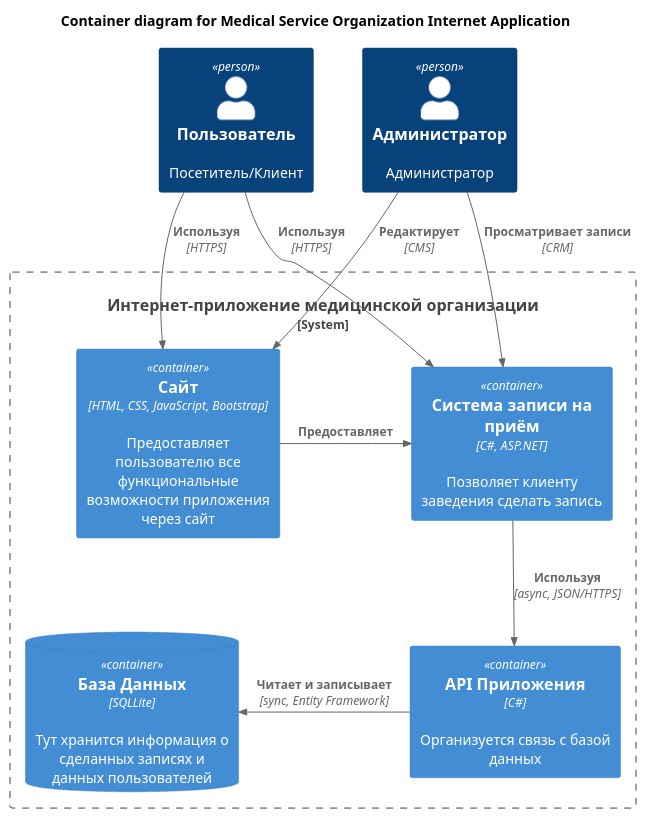
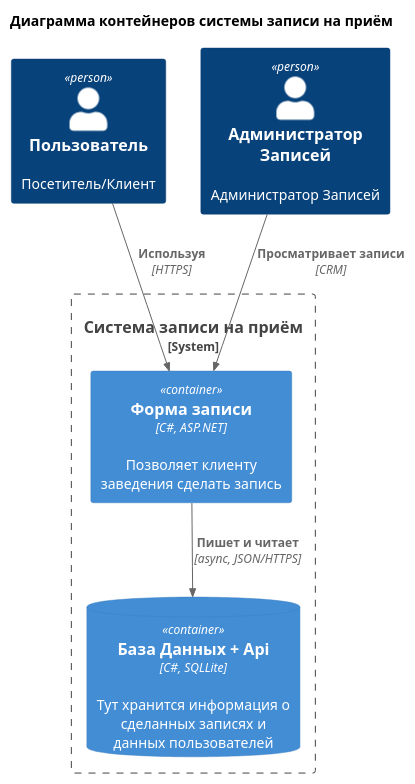
The diagram in docs/UML/ContainerDiagram.puml (Vovkarik/CardioDom), drawn with PlantUML before and after one commit. The commit also changed 6 other files, not shown here.

```diff
--- a/docs/UML/ContainerDiagram.puml
+++ b/docs/UML/ContainerDiagram.puml
@@ -1,27 +1,20 @@
 @startuml
 !includeurl https://raw.githubusercontent.com/RicardoNiepel/C4-PlantUML/master/C4_Container.puml
 ' uncomment the following line and comment the first to use locally
 ' !include C4_Container.puml
 
-title Container diagram for Medical Service Organization Internet Application
+title Диаграмма контейнеров системы записи на приём
 
 Person(customer, Пользователь, "Посетитель/Клиент")
-Person(admin, Администратор, "Администратор")
+Person(appointment_admin, Администратор Записей, "Администратор Записей")
 
-System_Boundary(c1, "Интернет-приложение медицинской организации") {
-    Container(appointment_sys, "Система записи на приём", "C#, ASP.NET", "Позволяет клиенту заведения сделать запись")
-    Container(site, "Сайт", "HTML, CSS, JavaScript, Bootstrap", "Предоставляет пользователю все функциональные возможности приложения через сайт")
-    ContainerDb(database, "База Данных", "SQLLite", "Тут хранится информация о сделанных записях и данных пользователей")
-    Container(backend_api, "API Приложения", "C#", "Организуется связь с базой данных")
+System_Boundary(c1, "Система записи на приём") {
+    Container(appointment_sys, "Форма записи", "C#, ASP.NET", "Позволяет клиенту заведения сделать запись")
+    ContainerDb(database, "База Данных + Api", "C#, SQLLite", "Тут хранится информация о сделанных записях и данных пользователей")
 }
 
 Rel(customer, appointment_sys, "Используя", "HTTPS")
-Rel(customer, site, "Используя", "HTTPS")
-Rel(admin, site, "Редактирует", "CMS")
-Rel(admin, appointment_sys, "Просматривает записи", "CRM")
-
-Rel_Neighbor(site, appointment_sys, "Предоставляет")
-Rel(appointment_sys, backend_api, "Используя", "async, JSON/HTTPS")
-Rel_Back_Neighbor(database, backend_api, "Читает и записывает", "sync, Entity Framework")
+Rel(appointment_admin, appointment_sys, "Просматривает записи", "CRM")
+Rel(appointment_sys, database, "Пишет и читает", "async, JSON/HTTPS")
 
 @enduml
```
